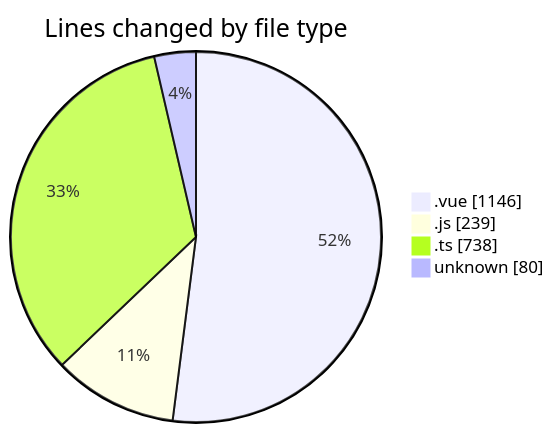
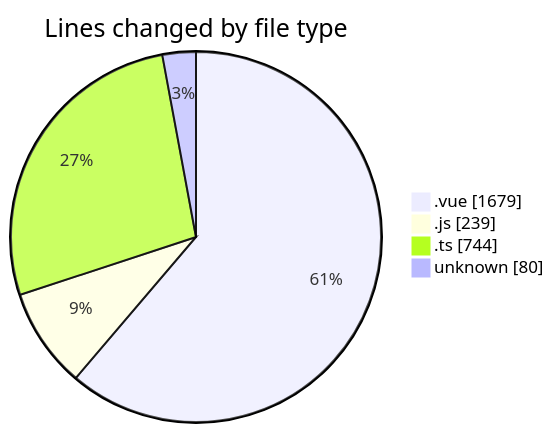
One commit to lephambinh05/code-tracking changed the first of 2 diagrams in 2025-08-11/rentotp/README.md. Above: the diagram before and after it, drawn with Mermaid. The commit also changed other lines of this file and 1 other file, not shown here.

````diff
--- a/2025-08-11/rentotp/README.md
+++ b/2025-08-11/rentotp/README.md
@@ -35,8 +35,8 @@
 ```mermaid
 pie showData
 title Lines changed by file type
-".vue" : 1146
+".vue" : 1679
 ".js" : 239
-".ts" : 738
+".ts" : 744
 "unknown" : 80
 ```
````
